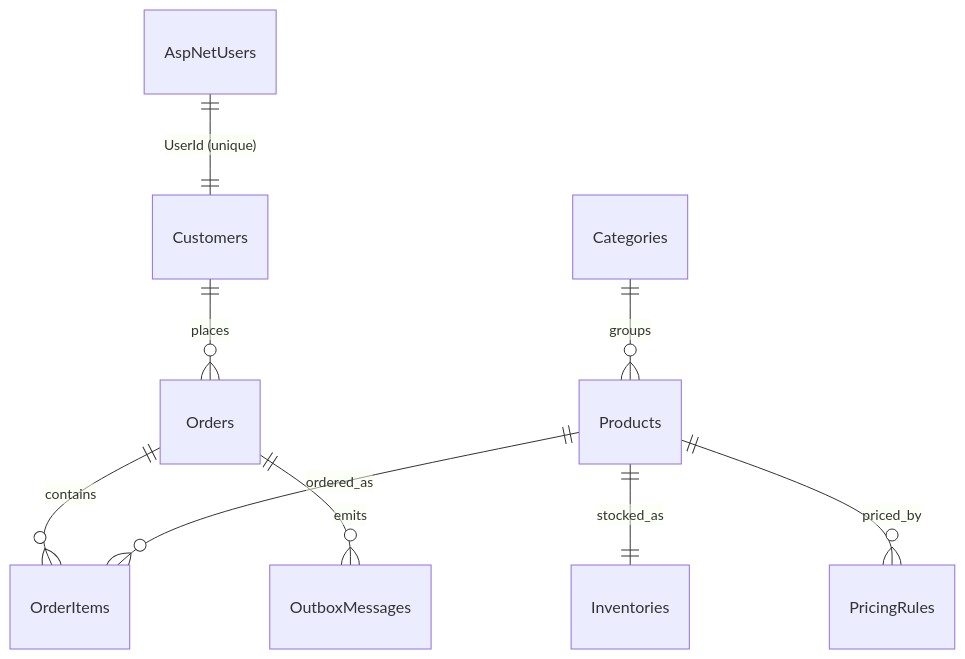
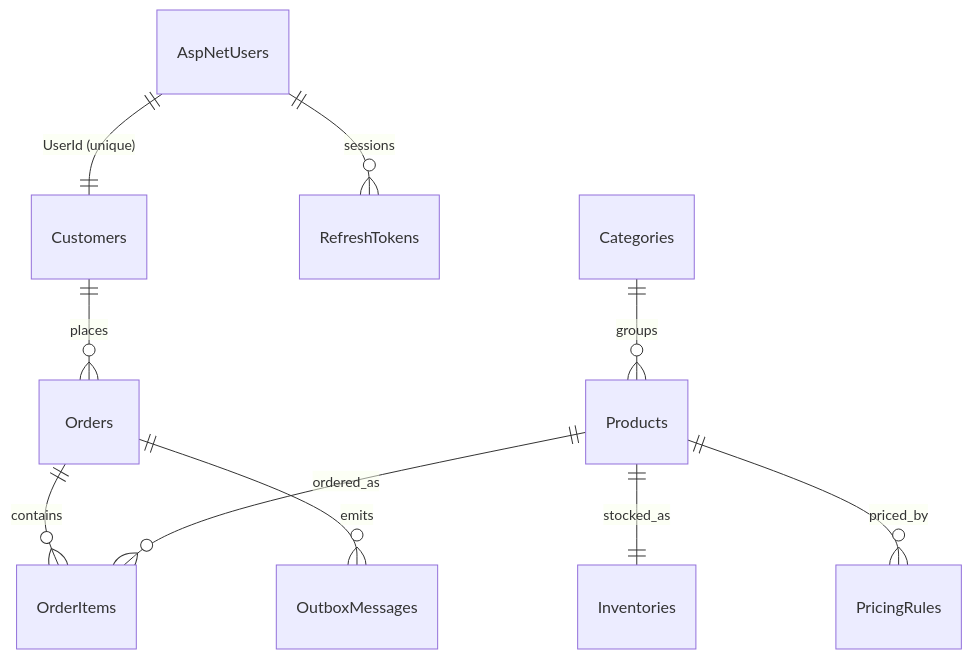
The diagram in docs/database/database-design.md (ixtalaat/OrderFlow), drawn with Mermaid before and after one commit. The commit also changed other lines of this file and 14 other files, not shown here.

````diff
--- a/docs/database/database-design.md
+++ b/docs/database/database-design.md
@@ -9,11 +9,12 @@
 ```mermaid
 erDiagram
     AspNetUsers ||--|| Customers : "UserId (unique)"
+    AspNetUsers ||--o{ RefreshTokens : sessions
     Customers ||--o{ Orders : places
     Orders ||--o{ OrderItems : contains
     Products ||--o{ OrderItems : ordered_as
     Categories ||--o{ Products : groups
     Products ||--|| Inventories : stocked_as
     Products ||--o{ PricingRules : priced_by
     Orders ||--o{ OutboxMessages : emits
 ```
````
